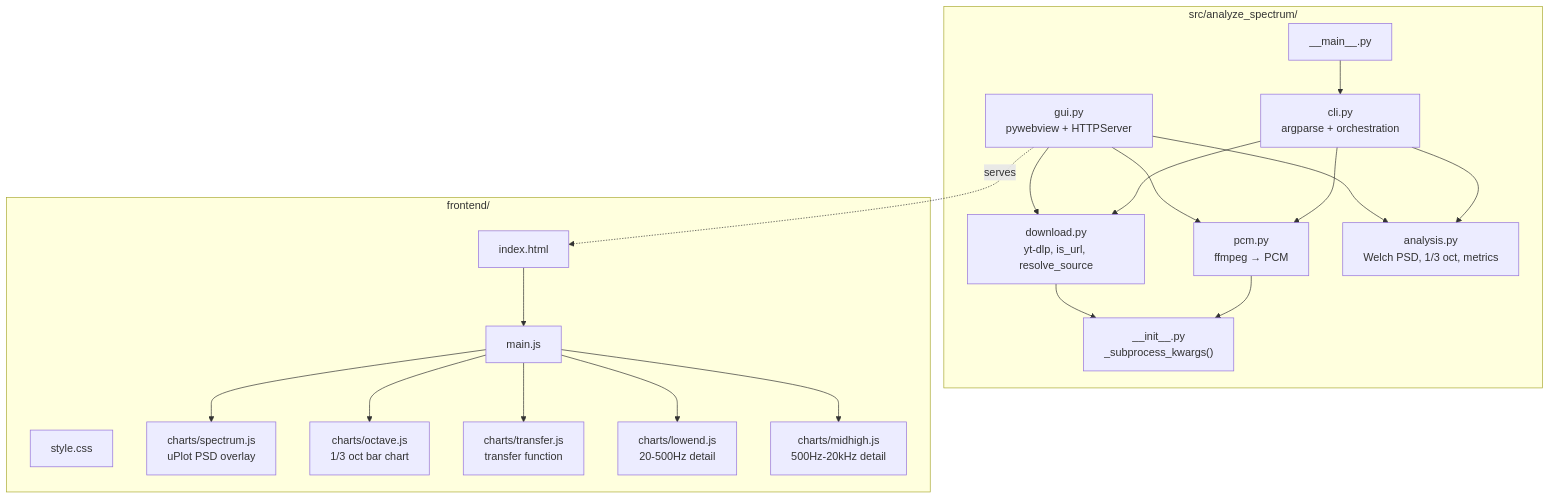
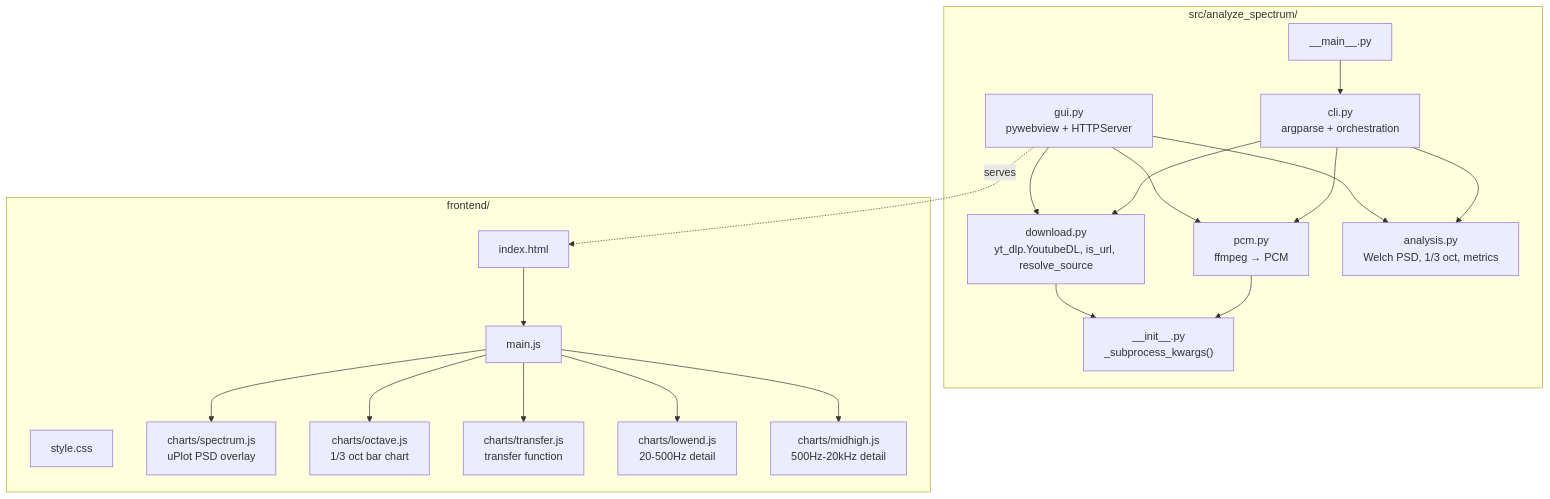
Before and after one commit to semnil/analyze-spectrum: the second of 16 diagrams in docs/architecture.md, drawn with Mermaid. The commit also changed other lines of this file and 7 other files, not shown here.

````diff
--- a/docs/architecture.md
+++ b/docs/architecture.md
@@ -34,40 +34,40 @@
 ```mermaid
 graph TD
     subgraph "src/analyze_spectrum/"
         INIT["__init__.py<br/>_subprocess_kwargs()"]
         MAIN["__main__.py"]
         CLI["cli.py<br/>argparse + orchestration"]
         GUI["gui.py<br/>pywebview + HTTPServer"]
-        DL["download.py<br/>yt-dlp, is_url, resolve_source"]
+        DL["download.py<br/>yt_dlp.YoutubeDL, is_url, resolve_source"]
         PCM["pcm.py<br/>ffmpeg → PCM"]
         ANA["analysis.py<br/>Welch PSD, 1/3 oct, metrics"]
     end
 
     subgraph "frontend/"
         HTML["index.html"]
         JS["main.js"]
         CSS["style.css"]
         SP["charts/spectrum.js<br/>uPlot PSD overlay"]
         OC["charts/octave.js<br/>1/3 oct bar chart"]
         TF["charts/transfer.js<br/>transfer function"]
         LE["charts/lowend.js<br/>20-500Hz detail"]
         MH["charts/midhigh.js<br/>500Hz-20kHz detail"]
     end
 
     MAIN --> CLI
     CLI --> DL
     CLI --> PCM
     CLI --> ANA
     GUI --> DL
     GUI --> PCM
     GUI --> ANA
     GUI -.->|"serves"| HTML
     HTML --> JS
     JS --> SP
     JS --> OC
     JS --> TF
     JS --> LE
     JS --> MH
     PCM --> INIT
     DL --> INIT
 ```
````
